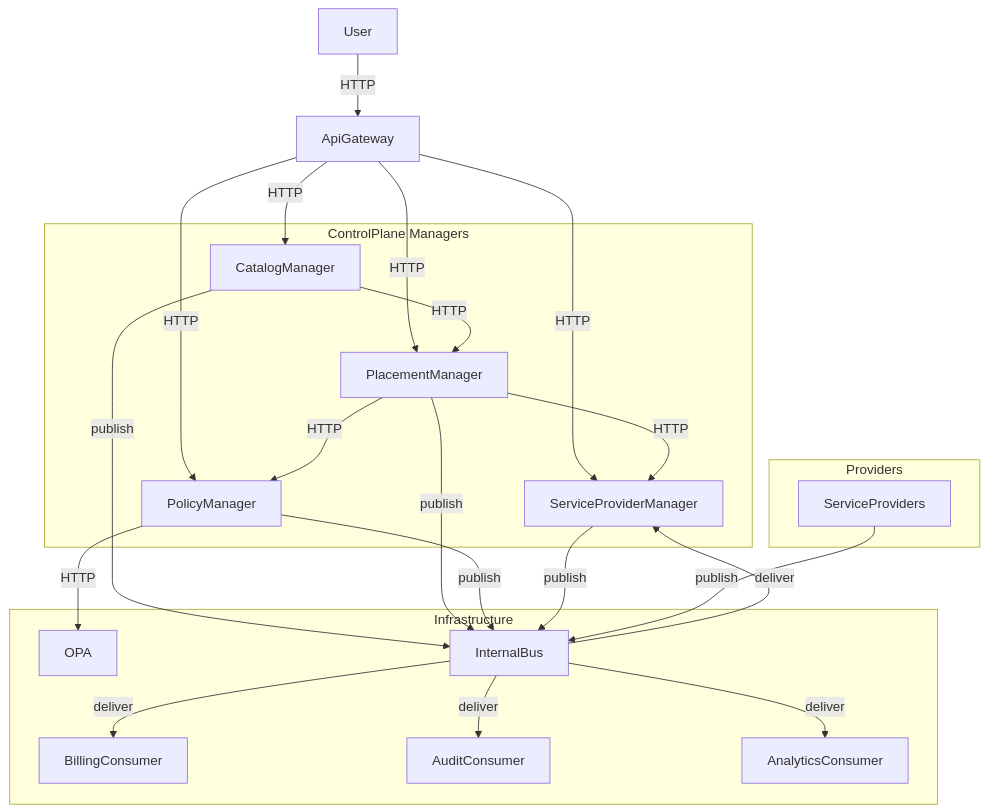
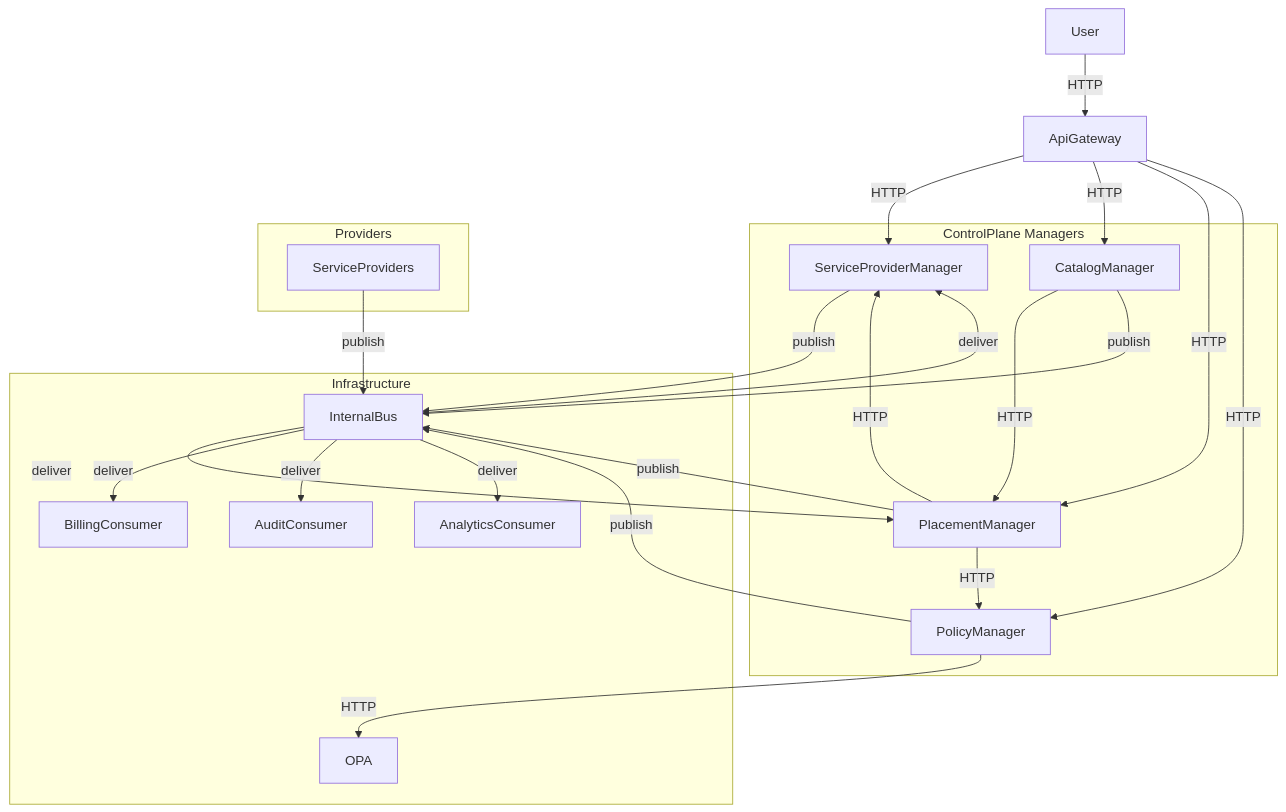
The third of 7 diagrams in enhancements/control-plane-message-bus/control-plane-message-bus.md (dcm-project/enhancements), drawn with Mermaid before and after one commit. The commit also changed other lines of this file, not shown here.

Commit message:
Refine message bus diagrams

````diff
--- a/enhancements/control-plane-message-bus/control-plane-message-bus.md
+++ b/enhancements/control-plane-message-bus/control-plane-message-bus.md
@@ -331,46 +331,47 @@
 ```mermaid
 flowchart TB
   User -->|"HTTP"| ApiGateway
 
   subgraph controlPlane [ControlPlane Managers]
     CatalogManager
     PlacementManager
     PolicyManager
     ServiceProviderManager
   end
 
   subgraph infrastructure [Infrastructure]
     OPA
     InternalBus
     BillingConsumer
     AuditConsumer
     AnalyticsConsumer
   end
 
   subgraph providers [Providers]
     ServiceProviders
   end
 
   ApiGateway -->|"HTTP"| ServiceProviderManager
   ApiGateway -->|"HTTP"| CatalogManager
   ApiGateway -->|"HTTP"| PlacementManager
   ApiGateway -->|"HTTP"| PolicyManager
 
   CatalogManager -->|"HTTP"| PlacementManager
   PlacementManager -->|"HTTP"| PolicyManager
   PlacementManager -->|"HTTP"| ServiceProviderManager
 
   PolicyManager -->|"HTTP"| OPA
 
   CatalogManager -->|"publish"| InternalBus
   PlacementManager -->|"publish"| InternalBus
   PolicyManager -->|"publish"| InternalBus
   ServiceProviderManager -->|"publish"| InternalBus
 
   ServiceProviders -->|"publish"| InternalBus
 
+  InternalBus -->|"deliver"| PlacementManager
   InternalBus -->|"deliver"| ServiceProviderManager
   InternalBus -->|"deliver"| BillingConsumer
   InternalBus -->|"deliver"| AuditConsumer
   InternalBus -->|"deliver"| AnalyticsConsumer
 ```
````
